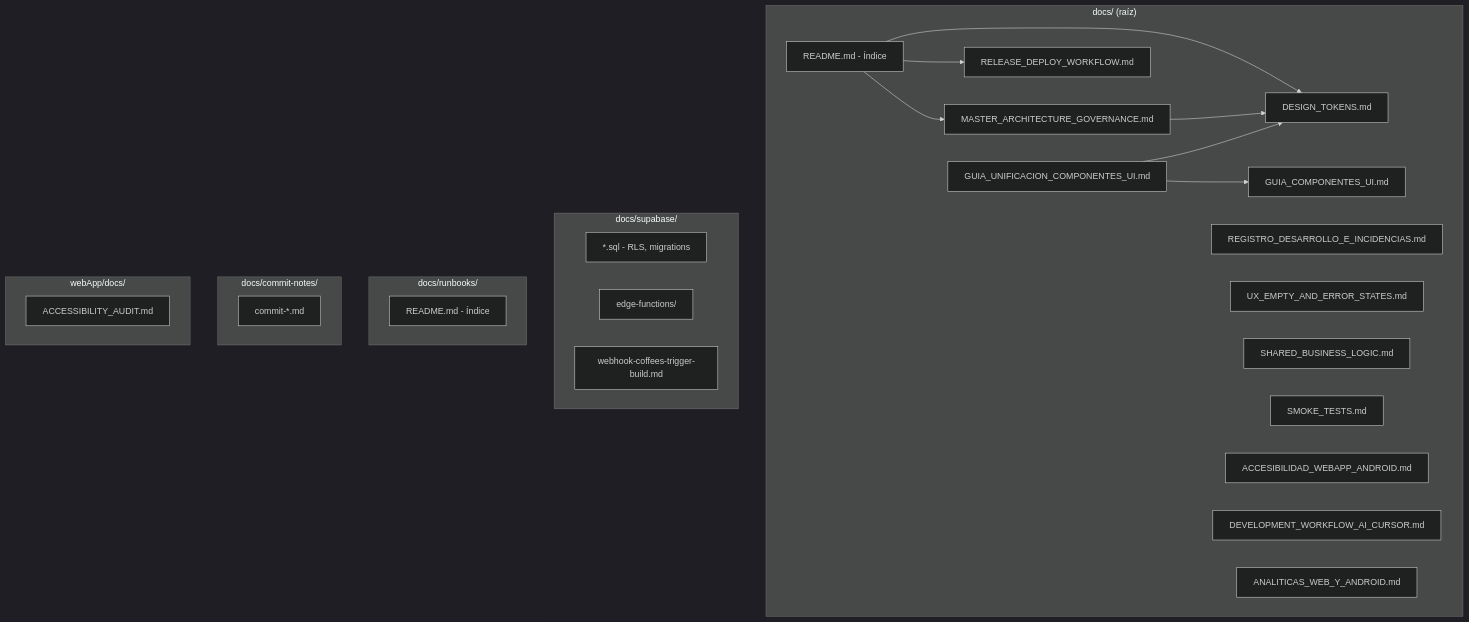
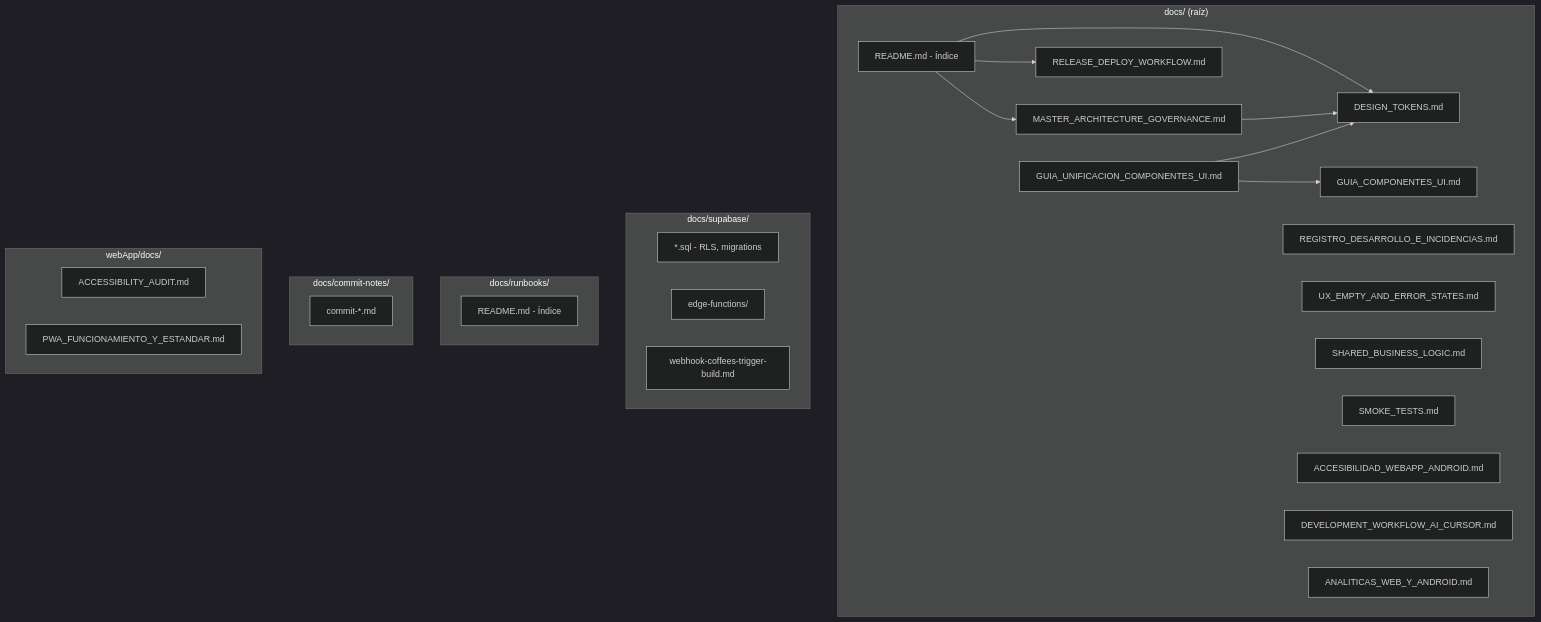
The first of 5 diagrams in docs/README.md (rmoya87/cafesito-app), drawn with Mermaid (dark theme) before and after one commit. The commit also changed other lines of this file and 86 other files, not shown here.

````diff
--- a/docs/README.md
+++ b/docs/README.md
@@ -40,38 +40,39 @@
 ```mermaid
 flowchart TB
   subgraph Raíz["docs/ (raíz)"]
     MASTER[MASTER_ARCHITECTURE_GOVERNANCE.md]
     README[README.md - Índice]
     DESIGN[DESIGN_TOKENS.md]
     GUIA_UI[GUIA_UNIFICACION_COMPONENTES_UI.md]
     GUIA_COMP[GUIA_COMPONENTES_UI.md]
     RELEASE[RELEASE_DEPLOY_WORKFLOW.md]
     REGISTRO[REGISTRO_DESARROLLO_E_INCIDENCIAS.md]
     UX_EMPTY[UX_EMPTY_AND_ERROR_STATES.md]
     SHARED[SHARED_BUSINESS_LOGIC.md]
     SMOKE[SMOKE_TESTS.md]
     A11Y[ACCESIBILIDAD_WEBAPP_ANDROID.md]
     DEV_AI[DEVELOPMENT_WORKFLOW_AI_CURSOR.md]
     ANALITICAS[ANALITICAS_WEB_Y_ANDROID.md]
   end
   subgraph Supabase["docs/supabase/"]
     SQL[*.sql - RLS, migrations]
     EDGE[edge-functions/]
     WEBHOOK[webhook-coffees-trigger-build.md]
   end
   subgraph Runbooks["docs/runbooks/"]
     RUN_IDX[README.md - Índice]
   end
   subgraph CommitNotes["docs/commit-notes/"]
     COMMITS[commit-*.md]
   end
   subgraph WebAppDocs["webApp/docs/"]
     WEB_A11Y[ACCESSIBILITY_AUDIT.md]
+    WEB_PWA[PWA_FUNCIONAMIENTO_Y_ESTANDAR.md]
   end
   README --> MASTER
   README --> RELEASE
   README --> DESIGN
   MASTER --> DESIGN
   GUIA_UI --> GUIA_COMP
   GUIA_UI --> DESIGN
 ```
````
